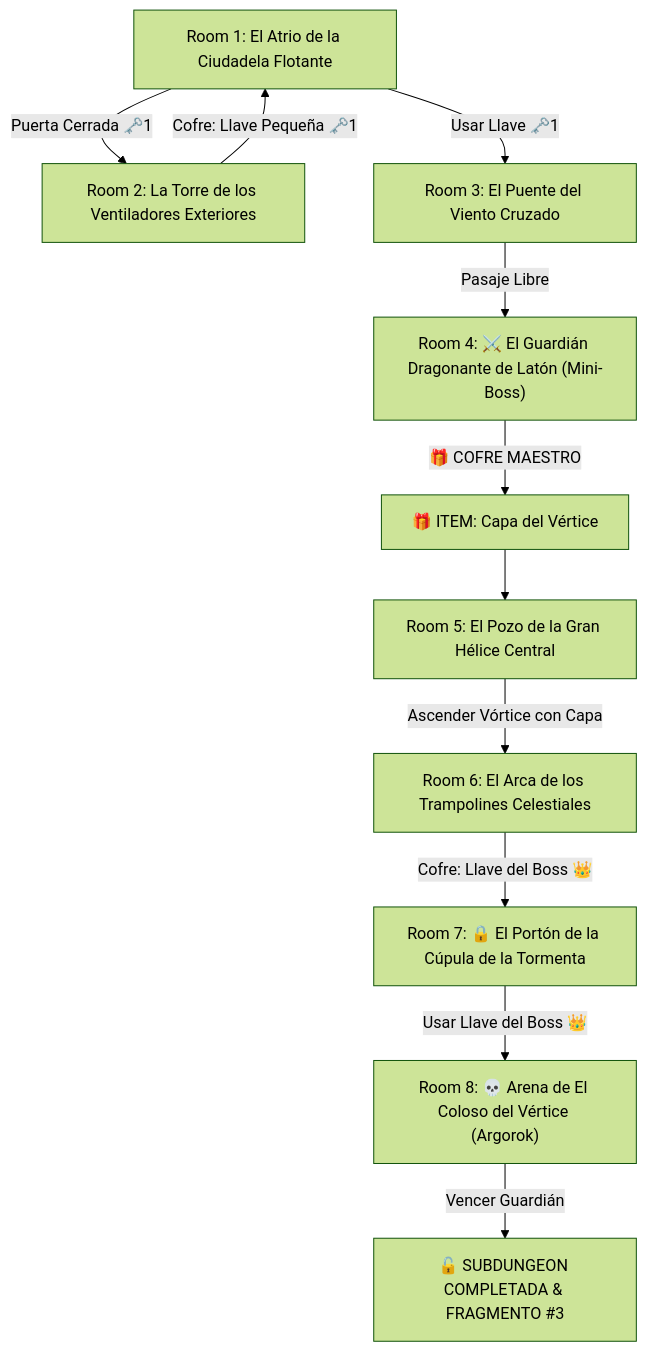
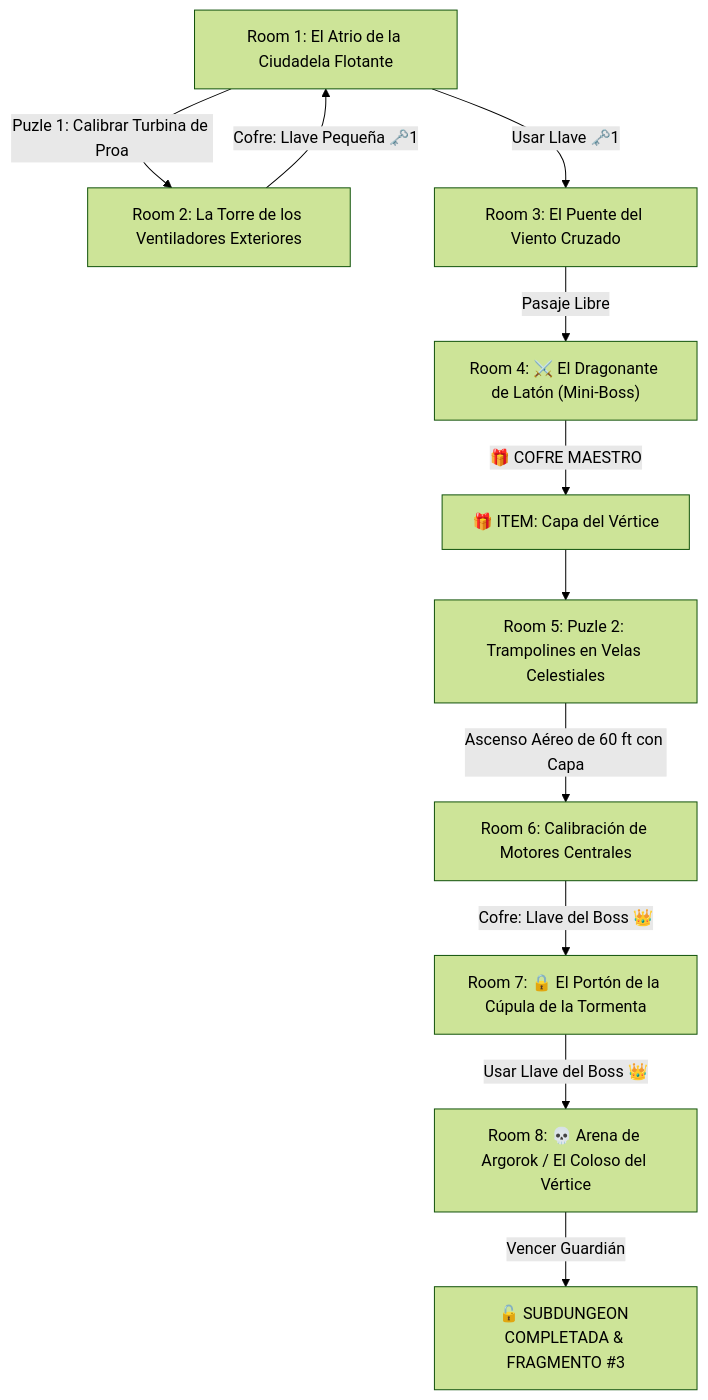
One commit to linkmati/ShivathLyss changed the diagram in 7 - DM/OneShots/ARepeat/Subdungeons/03_Subdungeon_Aire_Torre.md. Above: the diagram before and after it, drawn with Mermaid (forest theme). The commit also changed other lines of this file and 22 other files, not shown here.

````diff
--- a/7 - DM/OneShots/ARepeat/Subdungeons/03_Subdungeon_Aire_Torre.md
+++ b/7 - DM/OneShots/ARepeat/Subdungeons/03_Subdungeon_Aire_Torre.md
@@ -14,13 +14,13 @@
 ```mermaid
 graph TD
-    S1["Room 1: El Atrio de la Ciudadela Flotante"] -->|Puerta Cerrada 🗝️1| S2["Room 2: La Torre de los Ventiladores Exteriores"]
+    S1["Room 1: El Atrio de la Ciudadela Flotante"] -->|Puzle 1: Calibrar Turbina de Proa| S2["Room 2: La Torre de los Ventiladores Exteriores"]
     S2 -->|Cofre: Llave Pequeña 🗝️1| S1
     S1 -->|Usar Llave 🗝️1| S3["Room 3: El Puente del Viento Cruzado"]
-    S3 -->|Pasaje Libre| S4["Room 4: ⚔️ El Guardián Dragonante de Latón (Mini-Boss)"]
+    S3 -->|Pasaje Libre| S4["Room 4: ⚔️ El Dragonante de Latón (Mini-Boss)"]
     S4 -->|🎁 COFRE MAESTRO| Item["🎁 ITEM: Capa del Vértice"]
-    Item --> S5["Room 5: El Pozo de la Gran Hélice Central"]
-    S5 -->|Ascender Vórtice con Capa| S6["Room 6: El Arca de los Trampolines Celestiales"]
+    Item --> S5["Room 5: Puzle 2: Trampolines en Velas Celestiales"]
+    S5 -->|Ascenso Aéreo de 60 ft con Capa| S6["Room 6: Calibración de Motores Centrales"]
     S6 -->|Cofre: Llave del Boss 👑| S7["Room 7: 🔒 El Portón de la Cúpula de la Tormenta"]
-    S7 -->|Usar Llave del Boss 👑| S8["Room 8: 💀 Arena de El Coloso del Vértice (Argorok)"]
+    S7 -->|Usar Llave del Boss 👑| S8["Room 8: 💀 Arena de Argorok / El Coloso del Vértice"]
     S8 -->|Vencer Guardián| Win["🔓 SUBDUNGEON COMPLETADA & FRAGMENTO #3"]
 ```
````
